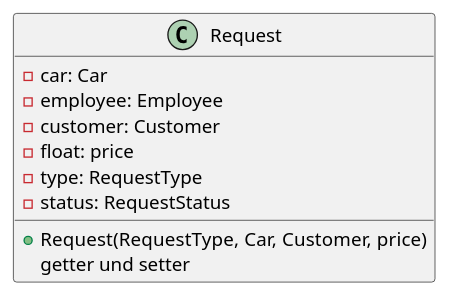
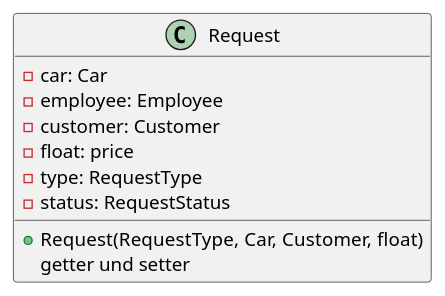
One commit to fh-erfurt/1234Altwagen changed the diagram in readmeFiles/Request.iuml. Above: the diagram before and after it, drawn with PlantUML. The commit also changed 7 other files, not shown here.

Commit message:
fixed UML Diagrams

```diff
--- a/readmeFiles/Request.iuml
+++ b/readmeFiles/Request.iuml
@@ -1,12 +1,12 @@
 @startuml
 class Request {
     -car: Car
     -employee: Employee
     -customer: Customer
     -float: price
     -type: RequestType
     -status: RequestStatus
-    +Request(RequestType, Car, Customer, price)
+    +Request(RequestType, Car, Customer, float)
     {method} getter und setter
 }
 @enduml
```
